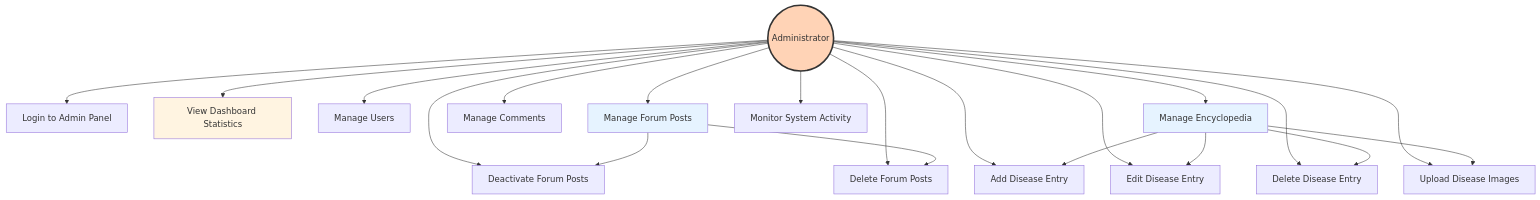
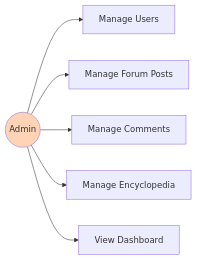
One commit to abdullah2323442/practice changed the third of 15 diagrams in system documentation.md. Above: the diagram before and after it, drawn with Mermaid. The commit also changed other lines of this file, not shown here.

Commit message:
Revise use case diagrams for users and admins

````diff
--- a/system documentation.md
+++ b/system documentation.md
@@ -122,31 +83,12 @@
 ```mermaid
-graph TB
-    Admin((Administrator))
+graph LR
+    Admin((Admin))
     
-    Admin --> UC1[Login to Admin Panel]
-    Admin --> UC2[View Dashboard Statistics]
-    Admin --> UC3[Manage Users]
-    Admin --> UC4[Manage Forum Posts]
-    Admin --> UC5[Manage Comments]
-    Admin --> UC6[Manage Encyclopedia]
-    Admin --> UC7[Add Disease Entry]
-    Admin --> UC8[Edit Disease Entry]
-    Admin --> UC9[Delete Disease Entry]
-    Admin --> UC10[Upload Disease Images]
-    Admin --> UC11[Deactivate Forum Posts]
-    Admin --> UC12[Delete Forum Posts]
-    Admin --> UC13[Monitor System Activity]
+    Admin --> UC1[Manage Users]
+    Admin --> UC2[Manage Forum Posts]
+    Admin --> UC3[Manage Comments]
+    Admin --> UC4[Manage Encyclopedia]
+    Admin --> UC5[View Dashboard]
     
-    UC6 --> UC7
-    UC6 --> UC8
-    UC6 --> UC9
-    UC6 --> UC10
-    
-    UC4 --> UC11
-    UC4 --> UC12
-    
-    style Admin fill:#ffd3b6,stroke:#333,stroke-width:3px
-    style UC2 fill:#fff4e1
-    style UC6 fill:#e6f3ff
-    style UC4 fill:#e6f3ff
+    style Admin fill:#ffd3b6
 ```
````
